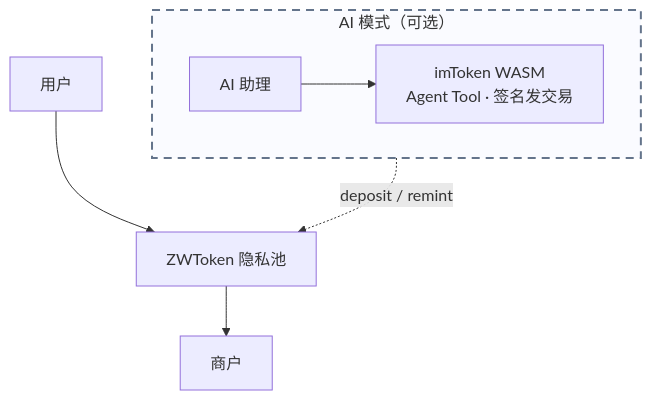
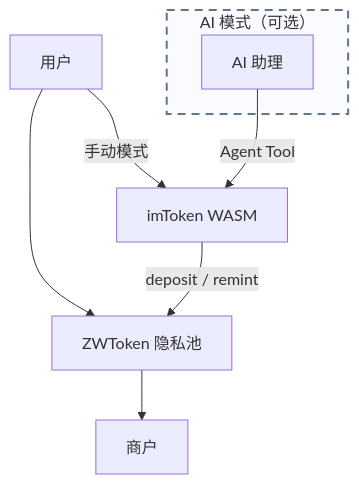
One commit to 0xNullLabs/Aegis changed the diagram in README.md. Above: the diagram before and after it, drawn with Mermaid. The commit also changed other lines of this file, not shown here.

Commit message:
fix diagram again and again

````diff
--- a/README.md
+++ b/README.md
@@ -27,13 +27,16 @@
 ```mermaid
 flowchart TB
     U["用户"] --> ZW["ZWToken 隐私池"] --> M["商户"]
 
+    WASM["imToken WASM"]
+
+    U -->|手动模式| WASM
+    WASM -->|deposit / remint| ZW
+
     subgraph aiBox["AI 模式（可选）"]
-        direction LR
-        AI["AI 助理"] --> WASM["imToken WASM<br/>Agent Tool · 签名发交易"]
+        AI["AI 助理"]
     end
-
-    WASM -.->|deposit / remint| ZW
+    AI -->|Agent Tool| WASM
 
     style aiBox fill:#fafbff,stroke:#64748b,stroke-width:2px,stroke-dasharray: 8 6
 ```
````
